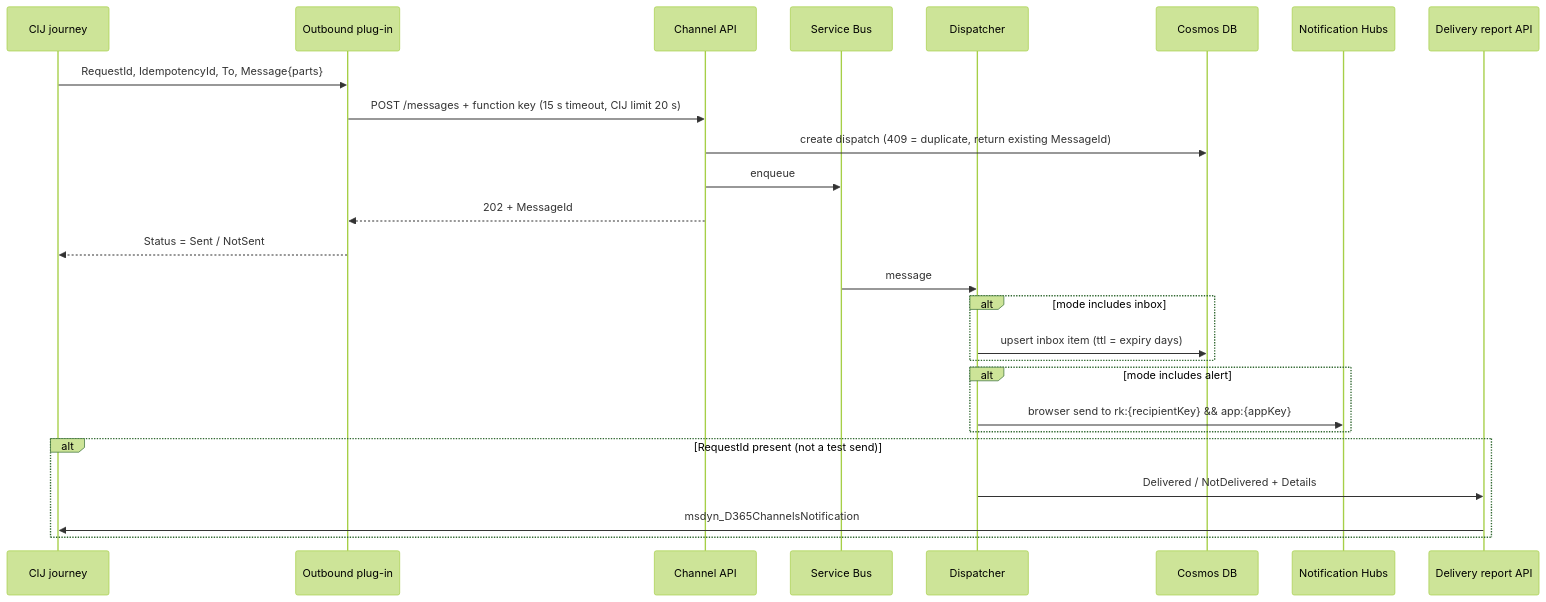
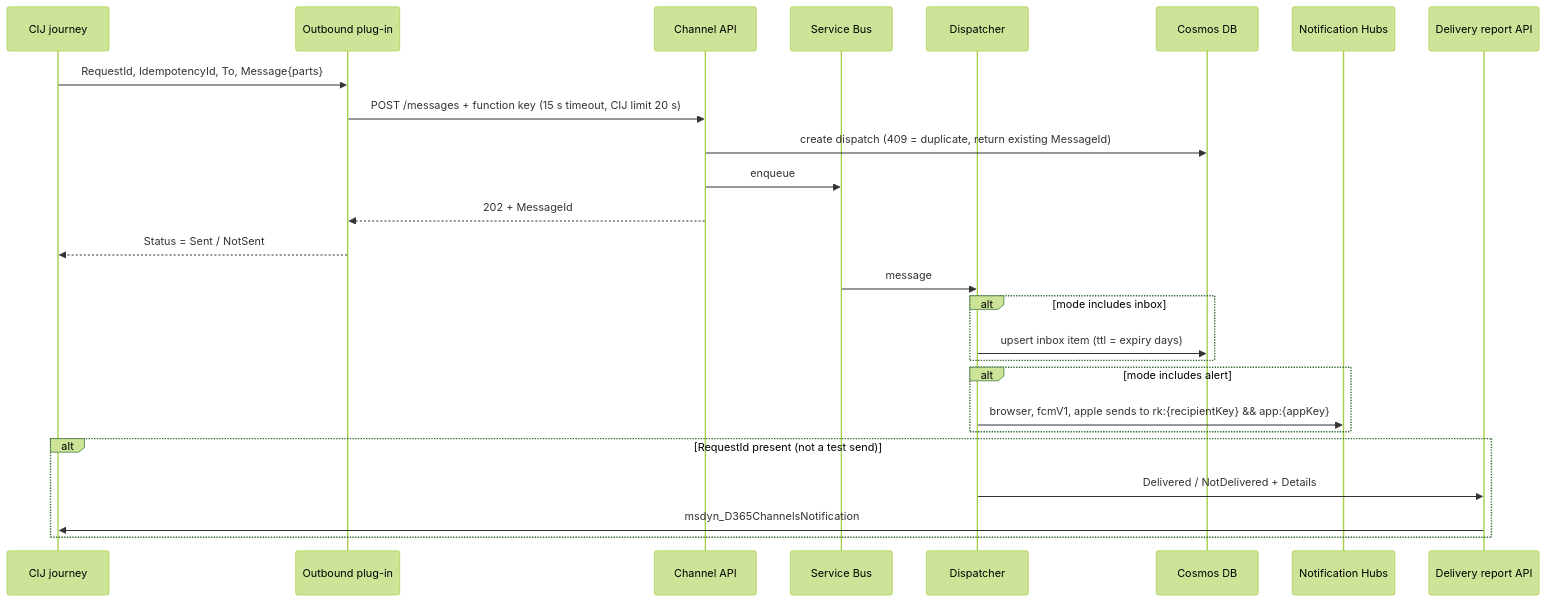
One commit to alexander-you/cij-push-inbox-custom-channel changed the second of 3 diagrams in docs/architecture.md. Above: the diagram before and after it, drawn with Mermaid (forest theme). The commit also changed other lines of this file and 16 other files, not shown here.

Commit message:
Native push: FCM v1 and APNs registration and per-platform sends

````diff
--- a/docs/architecture.md
+++ b/docs/architecture.md
@@ -72,28 +72,28 @@
 ```mermaid
 sequenceDiagram
   participant J as CIJ journey
   participant P as Outbound plug-in
   participant C as Channel API
   participant Q as Service Bus
   participant D as Dispatcher
   participant DB as Cosmos DB
   participant N as Notification Hubs
   participant R as Delivery report API
   J->>P: RequestId, IdempotencyId, To, Message{parts}
   P->>C: POST /messages + function key (15 s timeout, CIJ limit 20 s)
   C->>DB: create dispatch (409 = duplicate, return existing MessageId)
   C->>Q: enqueue
   C-->>P: 202 + MessageId
   P-->>J: Status = Sent / NotSent
   Q->>D: message
   alt mode includes inbox
     D->>DB: upsert inbox item (ttl = expiry days)
   end
   alt mode includes alert
-    D->>N: browser send to rk:{recipientKey} && app:{appKey}
+    D->>N: browser, fcmV1, apple sends to rk:{recipientKey} && app:{appKey}
   end
   alt RequestId present (not a test send)
     D->>R: Delivered / NotDelivered + Details
     R->>J: msdyn_D365ChannelsNotification
   end
 ```
````
